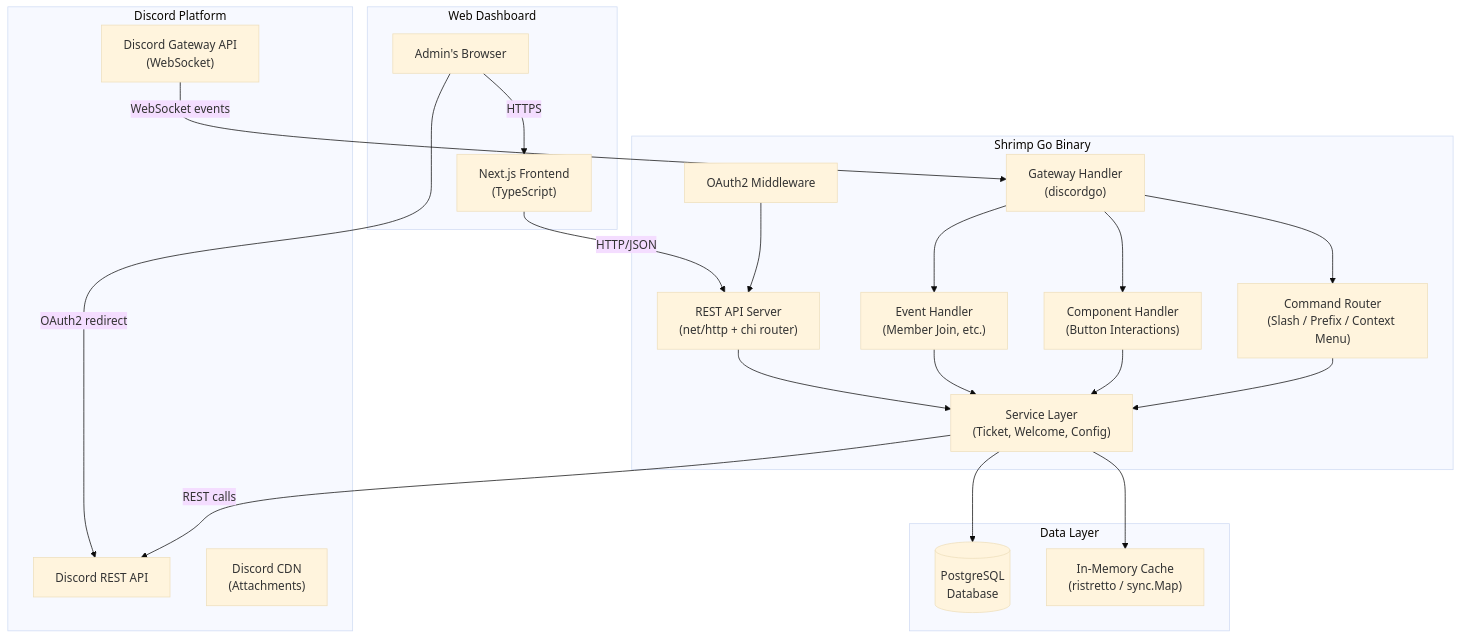
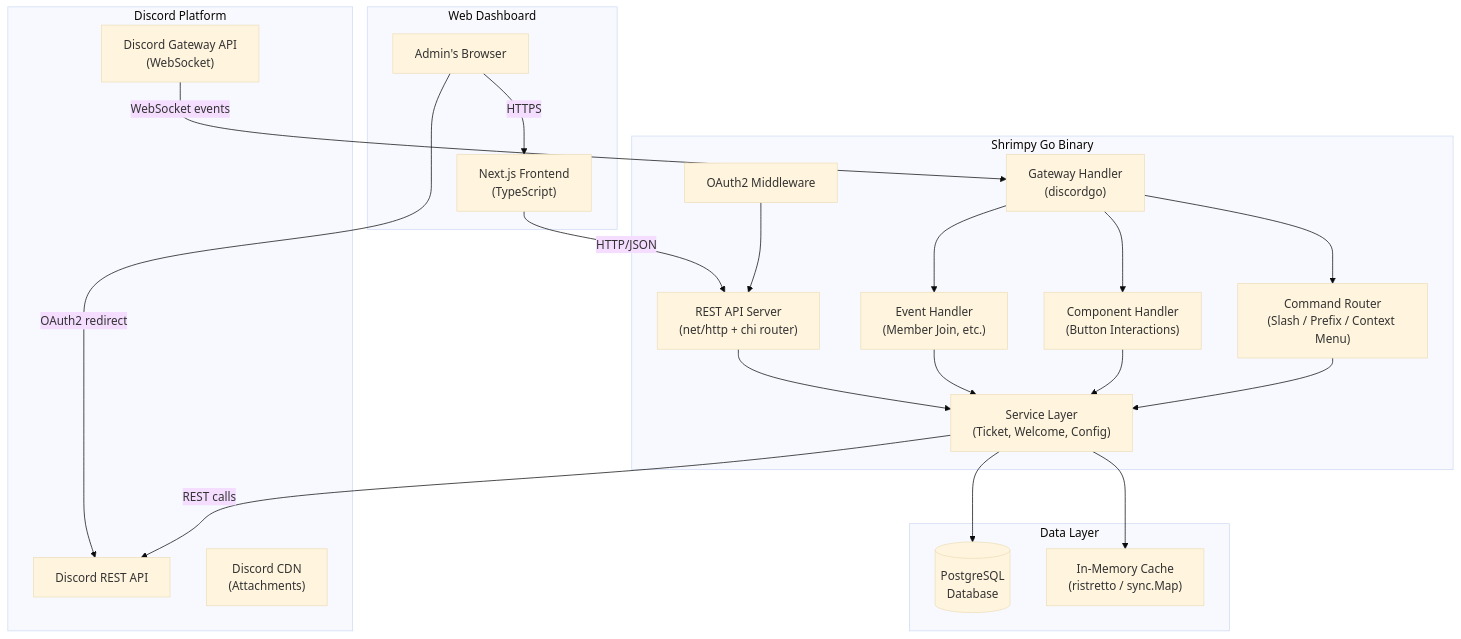
One commit to Udang-Keju/shrimpy-discord-bot changed the first of 4 diagrams in docs/v1/TECHNICAL_SPEC.md. Above: the diagram before and after it, drawn with Mermaid (base theme). The commit also changed other lines of this file and 4 other files, not shown here.

Commit message:
docs(rename): rename bot from Shrimp to Shrimpy across all docs

````diff
--- a/docs/v1/TECHNICAL_SPEC.md
+++ b/docs/v1/TECHNICAL_SPEC.md
@@ -31,44 +31,44 @@
 ```mermaid
 graph TD
     subgraph Discord["Discord Platform"]
         D_API["Discord Gateway API\n(WebSocket)"]
         D_REST["Discord REST API"]
         D_CDN["Discord CDN\n(Attachments)"]
     end
 
-    subgraph Bot["Shrimp Go Binary"]
+    subgraph Bot["Shrimpy Go Binary"]
         GW["Gateway Handler\n(discordgo)"]
         CMD["Command Router\n(Slash / Prefix / Context Menu)"]
         COMP["Component Handler\n(Button Interactions)"]
         EVT["Event Handler\n(Member Join, etc.)"]
         SVC["Service Layer\n(Ticket, Welcome, Config)"]
         API["REST API Server\n(net/http + chi router)"]
         AUTH["OAuth2 Middleware"]
     end
 
     subgraph Storage["Data Layer"]
         PG[("PostgreSQL\nDatabase")]
         CACHE["In-Memory Cache\n(ristretto / sync.Map)"]
     end
 
     subgraph Dashboard["Web Dashboard"]
         NEXT["Next.js Frontend\n(TypeScript)"]
         BROWSER["Admin's Browser"]
     end
 
     D_API -->|WebSocket events| GW
     GW --> CMD
     GW --> COMP
     GW --> EVT
     CMD --> SVC
     COMP --> SVC
     EVT --> SVC
     SVC --> PG
     SVC --> CACHE
     SVC -->|REST calls| D_REST
     API --> SVC
     AUTH --> API
     NEXT -->|HTTP/JSON| API
     BROWSER -->|HTTPS| NEXT
     BROWSER -->|OAuth2 redirect| D_REST
 ```
````
